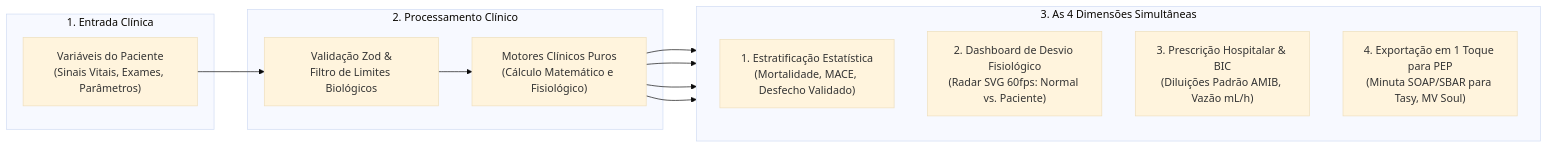
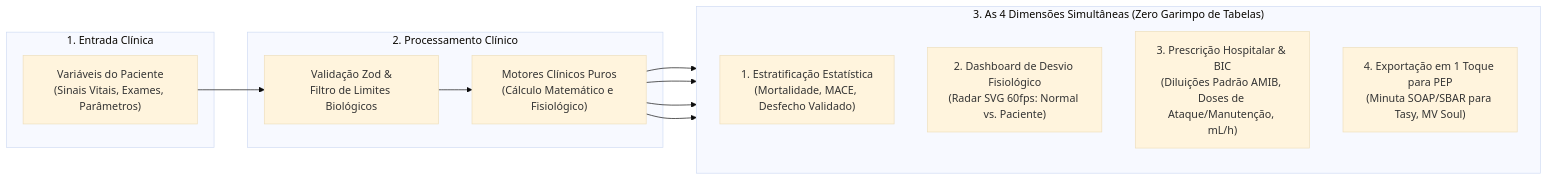
The second of 4 diagrams in README.md (melkidonadonmed-lgtm/scoreboard), drawn with Mermaid (base theme) before and after one commit. The commit also changed other lines of this file, not shown here.

Commit message:
docs(readme): expandir escopo para qualquer medico e enfatizar eliminacao do garimpo de tabelas

````diff
--- a/README.md
+++ b/README.md
@@ -71,25 +96,25 @@
 ```mermaid
 flowchart LR
     subgraph INPUT["1. Entrada Clínica"]
         P["Variáveis do Paciente<br/>(Sinais Vitais, Exames, Parâmetros)"]
     end
 
     subgraph PROCESSING["2. Processamento Clínico"]
         V["Validação Zod &<br/>Filtro de Limites Biológicos"]
         M["Motores Clínicos Puros<br/>(Cálculo Matemático e Fisiológico)"]
         P --> V --> M
     end
 
-    subgraph OUTPUTS["3. As 4 Dimensões Simultâneas"]
+    subgraph OUTPUTS["3. As 4 Dimensões Simultâneas (Zero Garimpo de Tabelas)"]
         direction TB
         O1["1. Estratificação Estatística<br/>(Mortalidade, MACE, Desfecho Validado)"]
         O2["2. Dashboard de Desvio Fisiológico<br/>(Radar SVG 60fps: Normal vs. Paciente)"]
-        O3["3. Prescrição Hospitalar & BIC<br/>(Diluições Padrão AMIB, Vazão mL/h)"]
+        O3["3. Prescrição Hospitalar & BIC<br/>(Diluições Padrão AMIB, Doses de Ataque/Manutenção, mL/h)"]
         O4["4. Exportação em 1 Toque para PEP<br/>(Minuta SOAP/SBAR para Tasy, MV Soul)"]
     end
 
     M --> O1
     M --> O2
     M --> O3
     M --> O4
 ```
````
